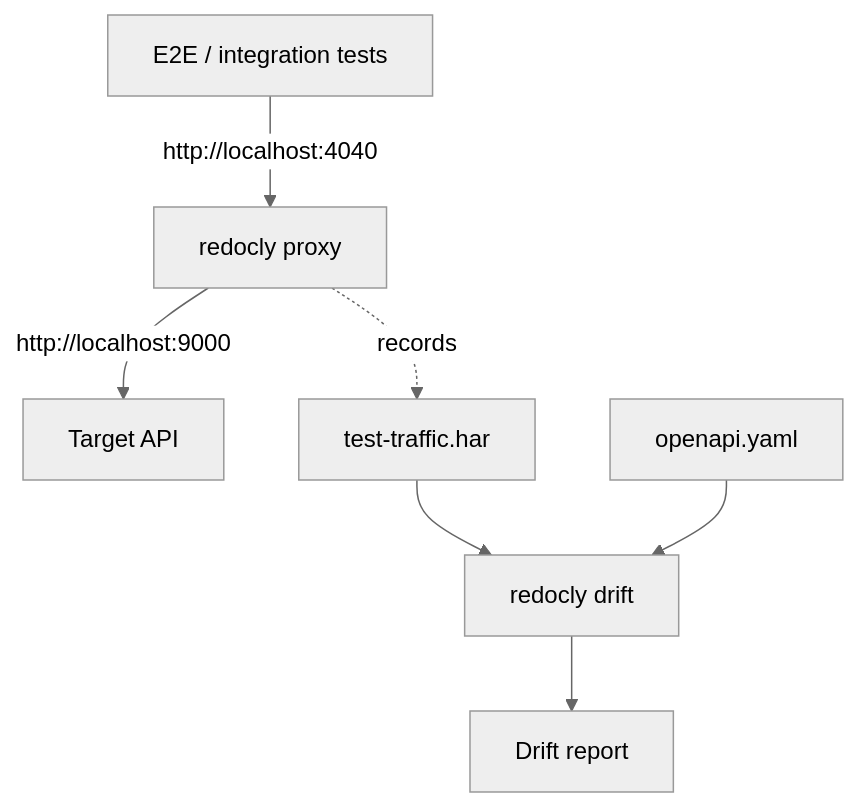
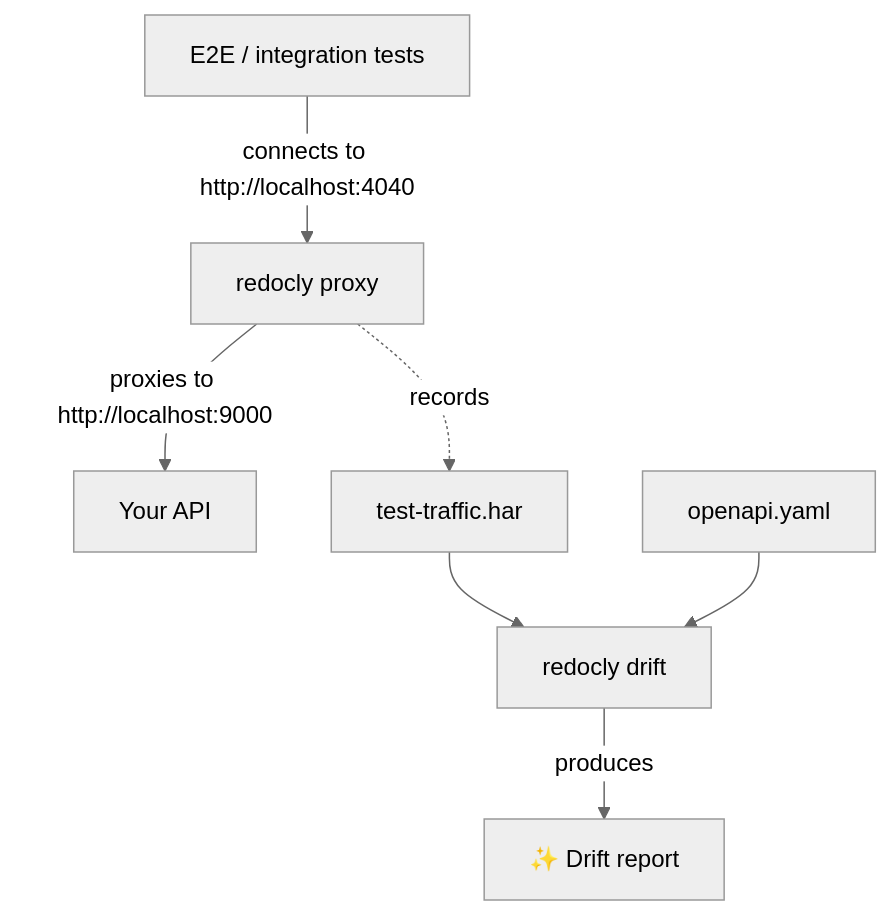
The diagram in blog/catch-api-drift.md (Redocly/website), drawn with Mermaid (neutral theme) before and after one commit.

Commit message:
chore: adjust diagram

````diff
--- a/blog/catch-api-drift.md
+++ b/blog/catch-api-drift.md
@@ -51,9 +51,9 @@
 ```mermaid {% align="center" %}
 flowchart TD
-    tests["E2E / integration tests"] -->|"http://localhost:4040"| proxy["redocly proxy"]
-    proxy -->|"http://localhost:9000"| target["Target API"]
+    tests["E2E / integration tests"] -->|"connects to http://localhost:4040"| proxy["redocly proxy"]
+    proxy -->|"proxies to http://localhost:9000"| target["Your API"]
     proxy -.->|"records"| har["test-traffic.har"]
     har --> drift["redocly drift"]
     openapi["openapi.yaml"] --> drift
-    drift --> report["Drift report"]
+    drift -->|"produces"| report["✨ Drift report"]
 ```
````
